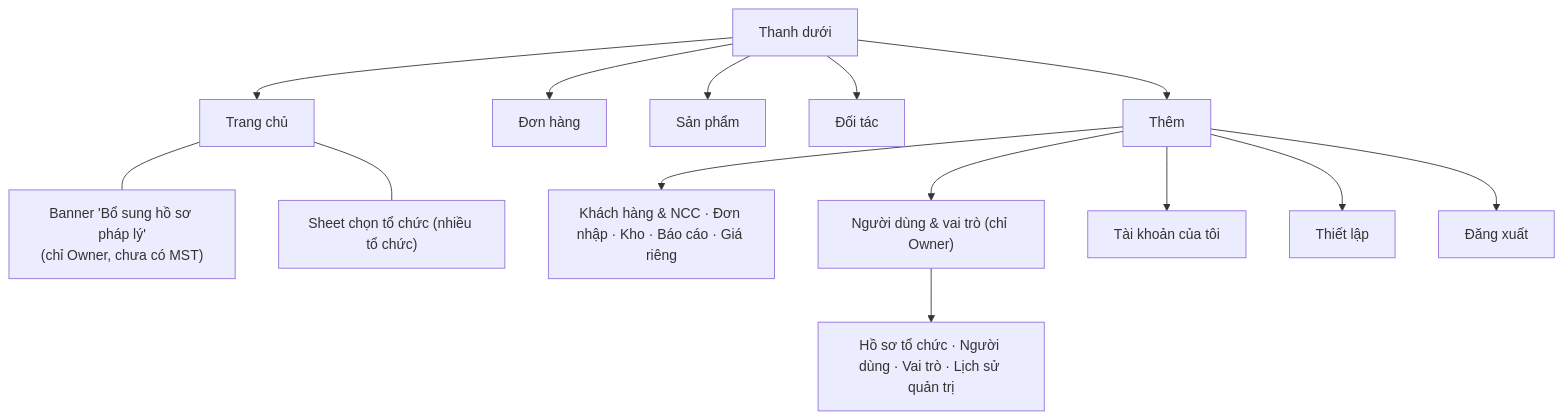
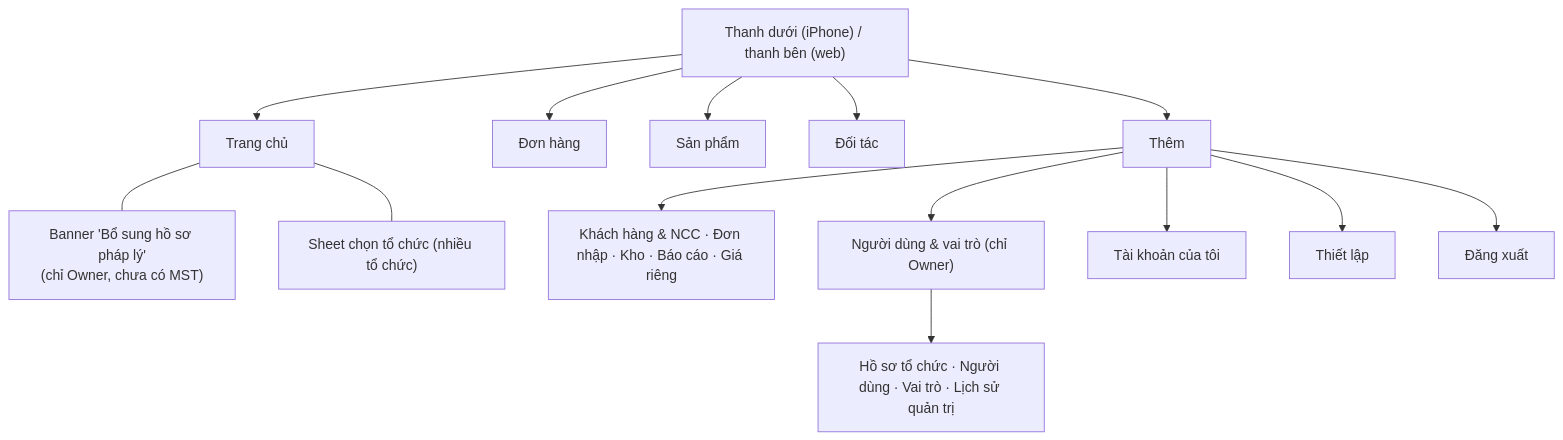
The fourth of 4 diagrams in docs/02-yeu-cau/LUONG-UNG-DUNG.md (DsChien102/erp-sales-inventory), drawn with Mermaid before and after one commit. The commit also changed other lines of this file and 79 other files, not shown here.

First line of the commit message:
refactor(docs): enhance design and product documentation for iPhone and web

````diff
--- a/docs/02-yeu-cau/LUONG-UNG-DUNG.md
+++ b/docs/02-yeu-cau/LUONG-UNG-DUNG.md
@@ -96,16 +124,16 @@
 ```mermaid
 flowchart TD
-  NAV["Thanh dưới"] --> T1["Trang chủ"]
+  NAV["Thanh dưới (iPhone) / thanh bên (web)"] --> T1["Trang chủ"]
   NAV --> T2["Đơn hàng"]
   NAV --> T3["Sản phẩm"]
   NAV --> T4["Đối tác"]
   NAV --> T5["Thêm"]
   T1 --- BAN["Banner 'Bổ sung hồ sơ pháp lý'<br/>(chỉ Owner, chưa có MST)"]
   T1 --- SEL["Sheet chọn tổ chức (nhiều tổ chức)"]
   T5 --> M1["Khách hàng & NCC · Đơn nhập · Kho · Báo cáo · Giá riêng"]
   T5 --> M2["Người dùng & vai trò (chỉ Owner)"]
   T5 --> M3["Tài khoản của tôi"]
   T5 --> M4["Thiết lập"]
   T5 --> M6["Đăng xuất"]
   M2 --> U1["Hồ sơ tổ chức · Người dùng · Vai trò · Lịch sử quản trị"]
 ```
````
